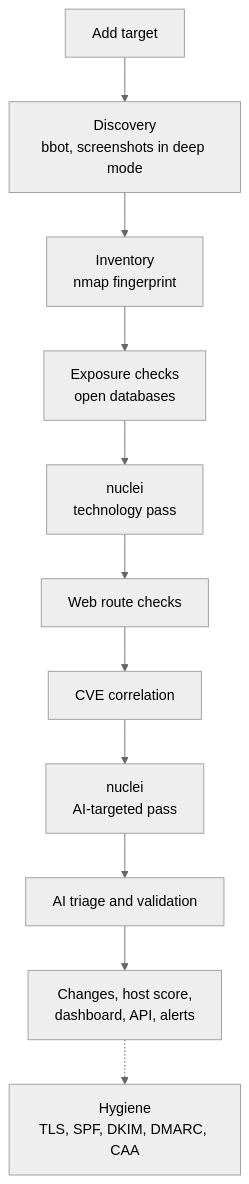
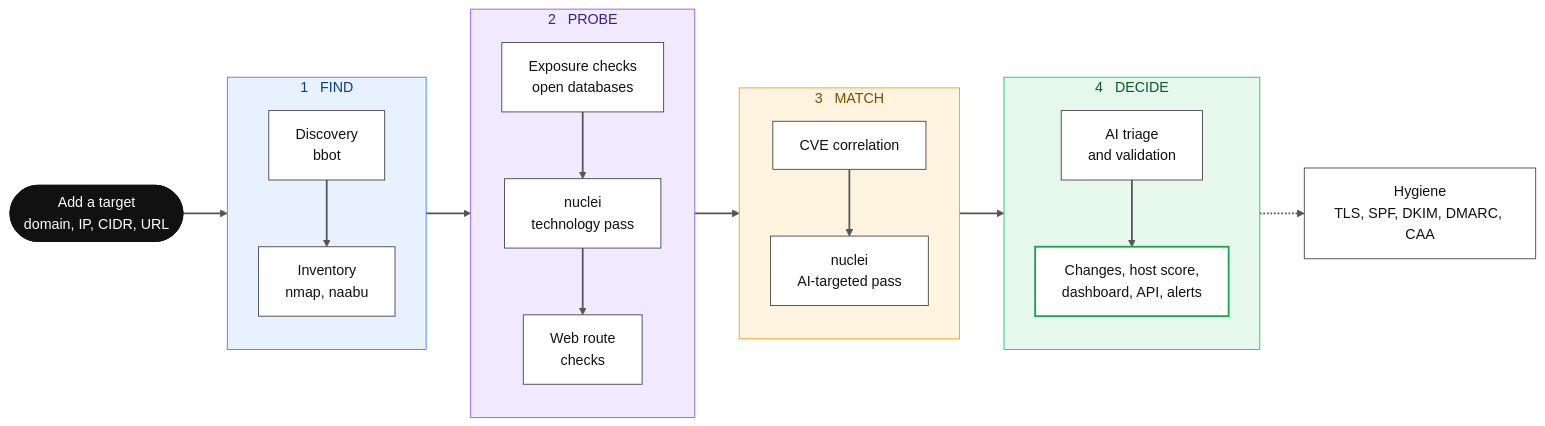
Before and after one commit to hevnsnt/CVEngine: the first of 2 diagrams in README.md, drawn with Mermaid (neutral theme). The commit also changed other lines of this file, not shown here.

Commit message:
README: compact four-phase pipeline diagram, colored tiers in the feed diagram

````diff
--- a/README.md
+++ b/README.md
@@ -69,13 +69,43 @@
 ```mermaid
-flowchart TD
-    A["Add target"] --> B["Discovery<br/>bbot, screenshots in deep mode"]
-    B --> C["Inventory<br/>nmap fingerprint"]
-    C --> D["Exposure checks<br/>open databases"]
-    D --> E["nuclei<br/>technology pass"]
-    E --> R["Web route checks"]
-    R --> F["CVE correlation"]
-    F --> G["nuclei<br/>AI-targeted pass"]
-    G --> H["AI triage and validation"]
-    H --> I["Changes, host score,<br/>dashboard, API, alerts"]
-    I -.-> J["Hygiene<br/>TLS, SPF, DKIM, DMARC, CAA"]
+flowchart LR
+    T(["Add a target<br/>domain, IP, CIDR, URL"])
+
+    subgraph FIND["1 &nbsp; FIND"]
+        direction TB
+        D["Discovery<br/>bbot"] --> I["Inventory<br/>nmap, naabu"]
+    end
+
+    subgraph PROBE["2 &nbsp; PROBE"]
+        direction TB
+        X["Exposure checks<br/>open databases"] --> N1["nuclei<br/>technology pass"] --> R["Web route<br/>checks"]
+    end
+
+    subgraph MATCH["3 &nbsp; MATCH"]
+        direction TB
+        C["CVE correlation"] --> N2["nuclei<br/>AI-targeted pass"]
+    end
+
+    subgraph DECIDE["4 &nbsp; DECIDE"]
+        direction TB
+        A["AI triage<br/>and validation"] --> O["Changes, host score,<br/>dashboard, API, alerts"]
+    end
+
+    H["Hygiene<br/>TLS, SPF, DKIM, DMARC, CAA"]
+
+    T --> FIND --> PROBE --> MATCH --> DECIDE
+    DECIDE -.-> H
+
+    style FIND fill:#e8f1ff,stroke:#3b82f6,color:#0b3b8c
+    style PROBE fill:#f1eaff,stroke:#8b5cf6,color:#3b1d8c
+    style MATCH fill:#fff4e0,stroke:#f59e0b,color:#7a4a00
+    style DECIDE fill:#e6f7ec,stroke:#22c55e,color:#0b5a2a
+    linkStyle default stroke:#555,stroke-width:2px
+
+    classDef start fill:#111,stroke:#111,color:#fff
+    classDef step fill:#fff,stroke:#444,color:#111
+    classDef out fill:#fff,stroke:#16a34a,stroke-width:2px,color:#111
+    class T start
+    class D,I,X,N1,R,C,N2,A step
+    class O out
+    class H step
 ```
````
